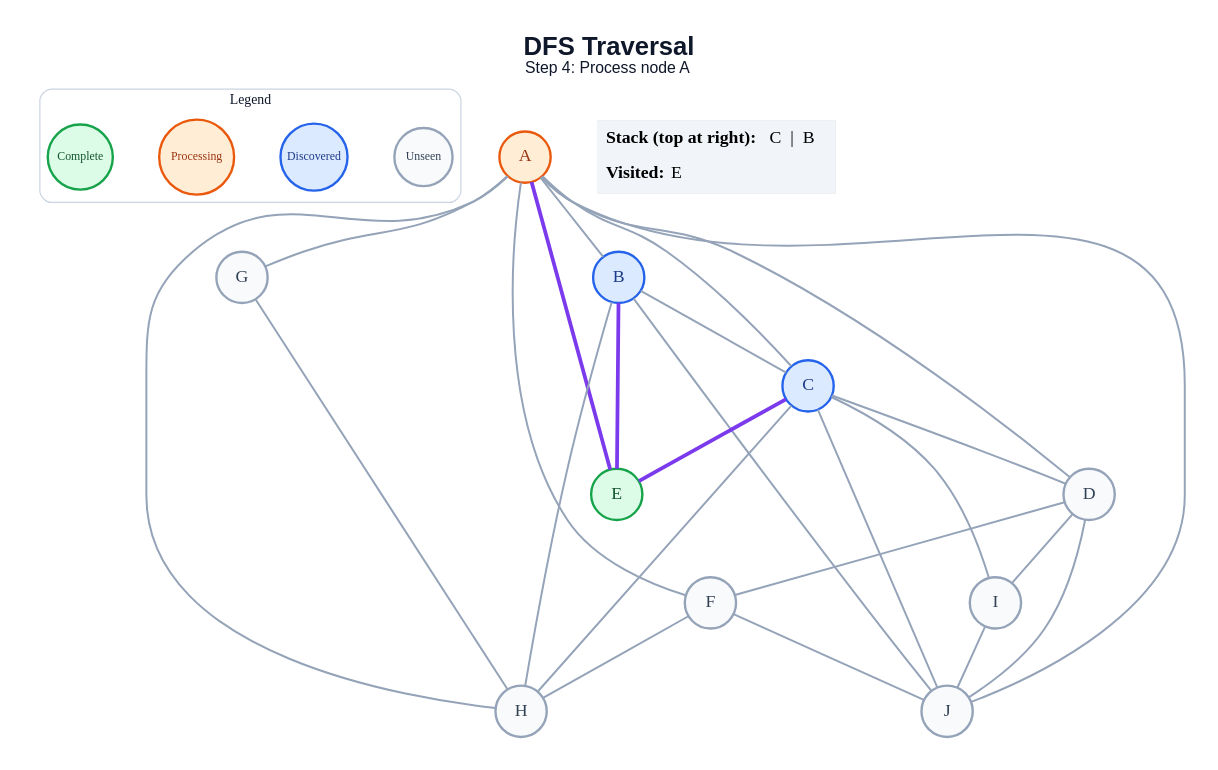
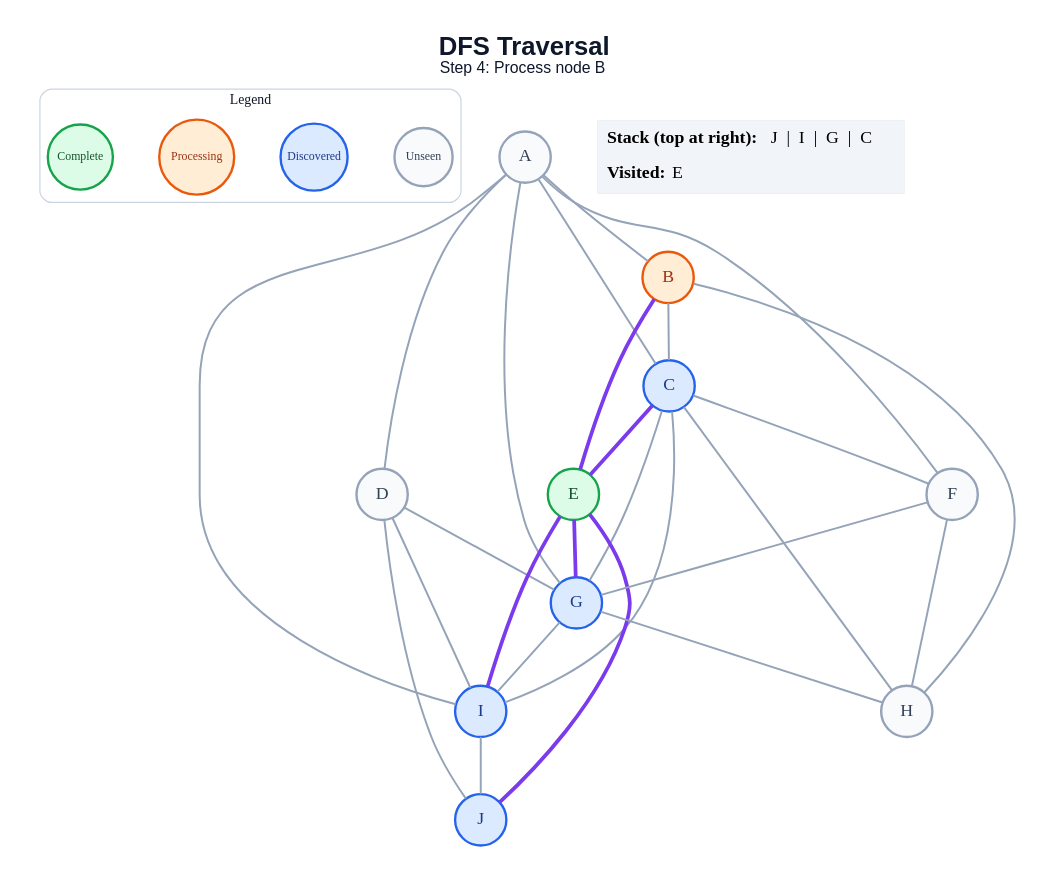
The diagram in generated/specific-node/dfs/step_04.dot (amanghodawala9/ai-slop), drawn with Graphviz before and after one commit. The commit also changed 178 other files, not shown here.

```diff
--- a/generated/specific-node/dfs/step_04.dot
+++ b/generated/specific-node/dfs/step_04.dot
@@ -1,53 +1,54 @@
 graph traversal {
   graph [layout=dot, rankdir=TB, bgcolor="#FFFFFF", pad="0.35", nodesep="0.65", ranksep="0.8", fontname="Arial"];
   node [shape=circle, style="filled", fontname="Arial Bold", fontsize=18, width=0.72, fixedsize=true, penwidth=2.4];
   edge [color="#94A3B8", penwidth=2.0];
-  label=<<B>DFS Traversal</B><BR/><FONT POINT-SIZE="16">Step 4: Process node A</FONT>>; labelloc="t"; fontsize=26; fontname="Arial"; fontcolor="#0F172A";
+  label=<<B>DFS Traversal</B><BR/><FONT POINT-SIZE="16">Step 4: Process node B</FONT>>; labelloc="t"; fontsize=26; fontname="Arial"; fontcolor="#0F172A";
   subgraph cluster_legend { label="Legend"; color="#CBD5E1"; penwidth=1.2; style="rounded"; fontsize=14; fontname="Arial Bold";
     key_unseen [label="Unseen", fillcolor="#F8FAFC", color="#94A3B8", fontcolor="#334155", fontsize=12, width=0.82];
     key_frontier [label="Discovered", fillcolor="#DBEAFE", color="#2563EB", fontcolor="#1E3A8A", fontsize=12, width=0.95];
     key_current [label="Processing", fillcolor="#FFEDD5", color="#EA580C", fontcolor="#9A3412", fontsize=12, width=1.05];
     key_done [label="Complete", fillcolor="#DCFCE7", color="#16A34A", fontcolor="#14532D", fontsize=12, width=0.92];
     { rank=same; key_unseen; key_frontier; key_current; key_done; }
   }
-  A [fillcolor="#FFEDD5", color="#EA580C", fontcolor="#9A3412"];
-  B [fillcolor="#DBEAFE", color="#2563EB", fontcolor="#1E3A8A"];
+  A [fillcolor="#F8FAFC", color="#94A3B8", fontcolor="#334155"];
+  B [fillcolor="#FFEDD5", color="#EA580C", fontcolor="#9A3412"];
   C [fillcolor="#DBEAFE", color="#2563EB", fontcolor="#1E3A8A"];
   D [fillcolor="#F8FAFC", color="#94A3B8", fontcolor="#334155"];
   E [fillcolor="#DCFCE7", color="#16A34A", fontcolor="#14532D"];
   F [fillcolor="#F8FAFC", color="#94A3B8", fontcolor="#334155"];
-  G [fillcolor="#F8FAFC", color="#94A3B8", fontcolor="#334155"];
+  G [fillcolor="#DBEAFE", color="#2563EB", fontcolor="#1E3A8A"];
   H [fillcolor="#F8FAFC", color="#94A3B8", fontcolor="#334155"];
-  I [fillcolor="#F8FAFC", color="#94A3B8", fontcolor="#334155"];
-  J [fillcolor="#F8FAFC", color="#94A3B8", fontcolor="#334155"];
+  I [fillcolor="#DBEAFE", color="#2563EB", fontcolor="#1E3A8A"];
+  J [fillcolor="#DBEAFE", color="#2563EB", fontcolor="#1E3A8A"];
   A -- B;
   A -- C;
   A -- D;
-  A -- E [color="#7C3AED", penwidth=3.8];
   A -- F;
   A -- G;
-  A -- H;
-  A -- J;
+  A -- I;
   B -- C;
   B -- E [color="#7C3AED", penwidth=3.8];
   B -- H;
-  B -- J;
-  C -- D;
   C -- E [color="#7C3AED", penwidth=3.8];
+  C -- F;
+  C -- G;
   C -- H;
   C -- I;
-  C -- J;
-  D -- F;
+  D -- G;
   D -- I;
   D -- J;
+  E -- G [color="#7C3AED", penwidth=3.8];
+  E -- I [color="#7C3AED", penwidth=3.8];
+  E -- J [color="#7C3AED", penwidth=3.8];
+  F -- G;
   F -- H;
-  F -- J;
   G -- H;
+  G -- I;
   I -- J;
   status [shape=plain, fixedsize=false, width=0, height=0, margin=0, label=<
     <TABLE BORDER="0" CELLBORDER="0" CELLPADDING="7" BGCOLOR="#F1F5F9">
-      <TR><TD ALIGN="LEFT"><B>Stack (top at right):</B> C  |  B</TD></TR>
+      <TR><TD ALIGN="LEFT"><B>Stack (top at right):</B> J  |  I  |  G  |  C</TD></TR>
       <TR><TD ALIGN="LEFT"><B>Visited:</B> E</TD></TR>
     </TABLE>
   >];
 }
```
